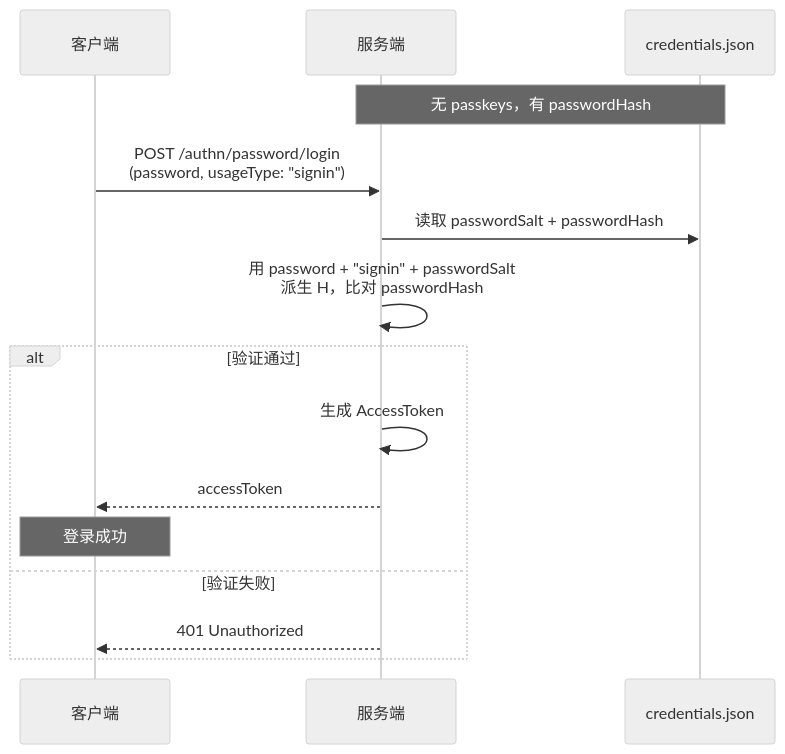
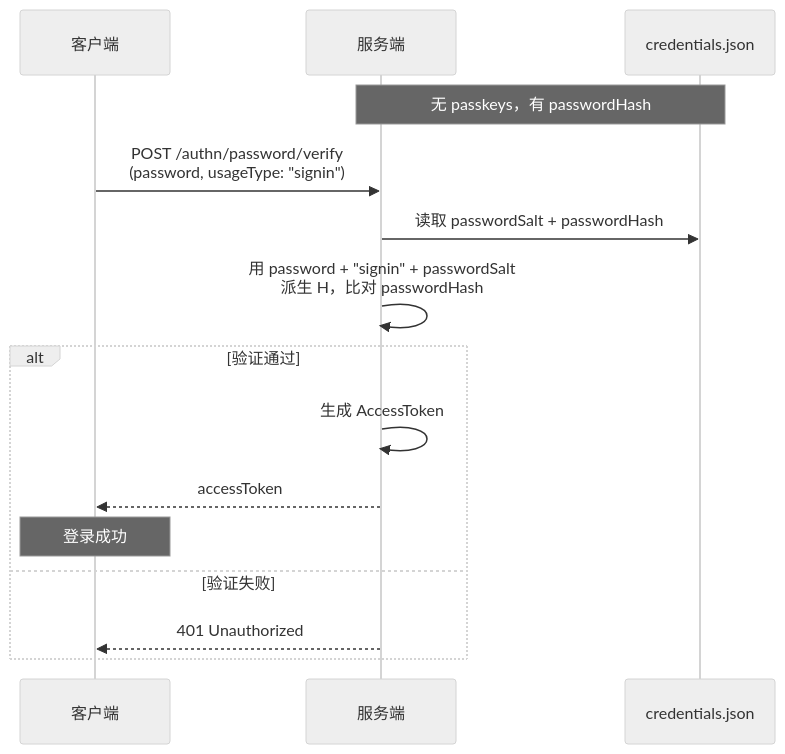
Before and after one commit to sartrey/keyroll: the seventh of 10 diagrams in docs/apispecs/authn.md, drawn with Mermaid (neutral theme). The commit also changed other lines of this file and 13 other files, not shown here.

Commit message:
feat/ai: support authn by password with web ui

````diff
--- a/docs/apispecs/authn.md
+++ b/docs/apispecs/authn.md
@@ -155,19 +160,19 @@
 ```mermaid
 sequenceDiagram
     participant Client as 客户端
     participant Server as 服务端
     participant DB as credentials.json
 
     Note over Server,DB: 无 passkeys，有 passwordHash
 
-    Client->>Server: POST /authn/password/login<br/>(password, usageType: "signin")
+    Client->>Server: POST /authn/password/verify<br/>(password, usageType: "signin")
     Server->>DB: 读取 passwordSalt + passwordHash
     Server->>Server: 用 password + "signin" + passwordSalt<br/>派生 H，比对 passwordHash
     alt 验证通过
         Server->>Server: 生成 AccessToken
         Server-->>Client: accessToken
         Note over Client: 登录成功
     else 验证失败
         Server-->>Client: 401 Unauthorized
     end
 ```
````
